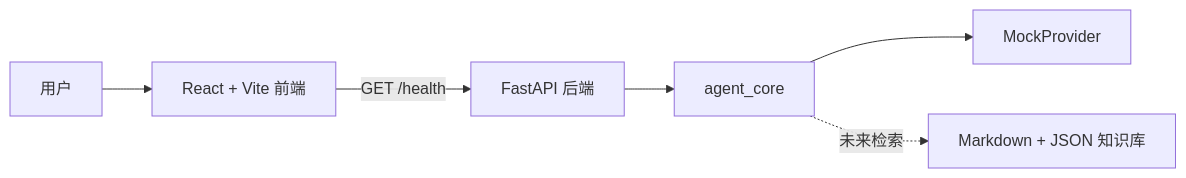
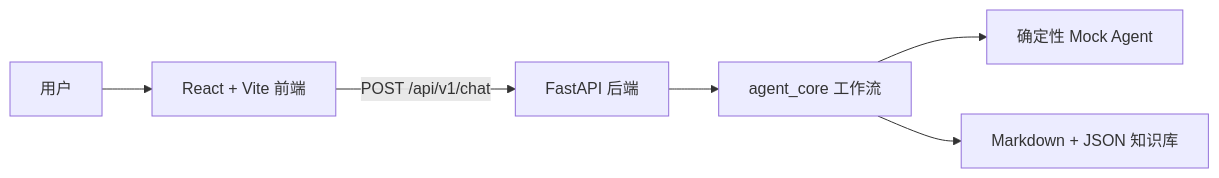
Before and after one commit to YueLi1994/openhr-agent: the diagram in README.zh-CN.md, drawn with Mermaid. The commit also changed other lines of this file and 26 other files, not shown here.

First line of the commit message:
feat: implement core HR agent workflow (#2)

````diff
--- a/README.zh-CN.md
+++ b/README.zh-CN.md
@@ -21,8 +21,8 @@
 ```mermaid
 flowchart LR
   U[用户] --> W[React + Vite 前端]
-  W -->|GET /health| A[FastAPI 后端]
-  A --> C[agent_core]
-  C --> M[MockProvider]
-  C -. 未来检索 .-> K[Markdown + JSON 知识库]
+  W -->|POST /api/v1/chat| A[FastAPI 后端]
+  A --> C[agent_core 工作流]
+  C --> M[确定性 Mock Agent]
+  C --> K[Markdown + JSON 知识库]
 ```
````
